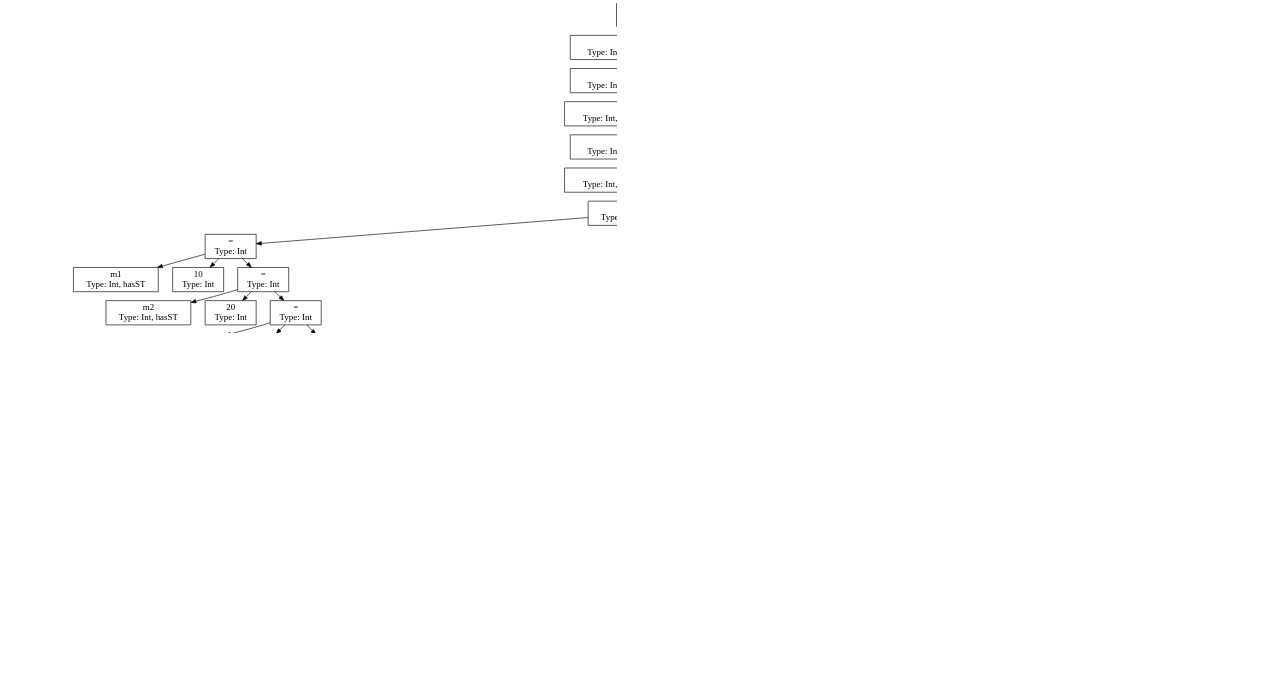
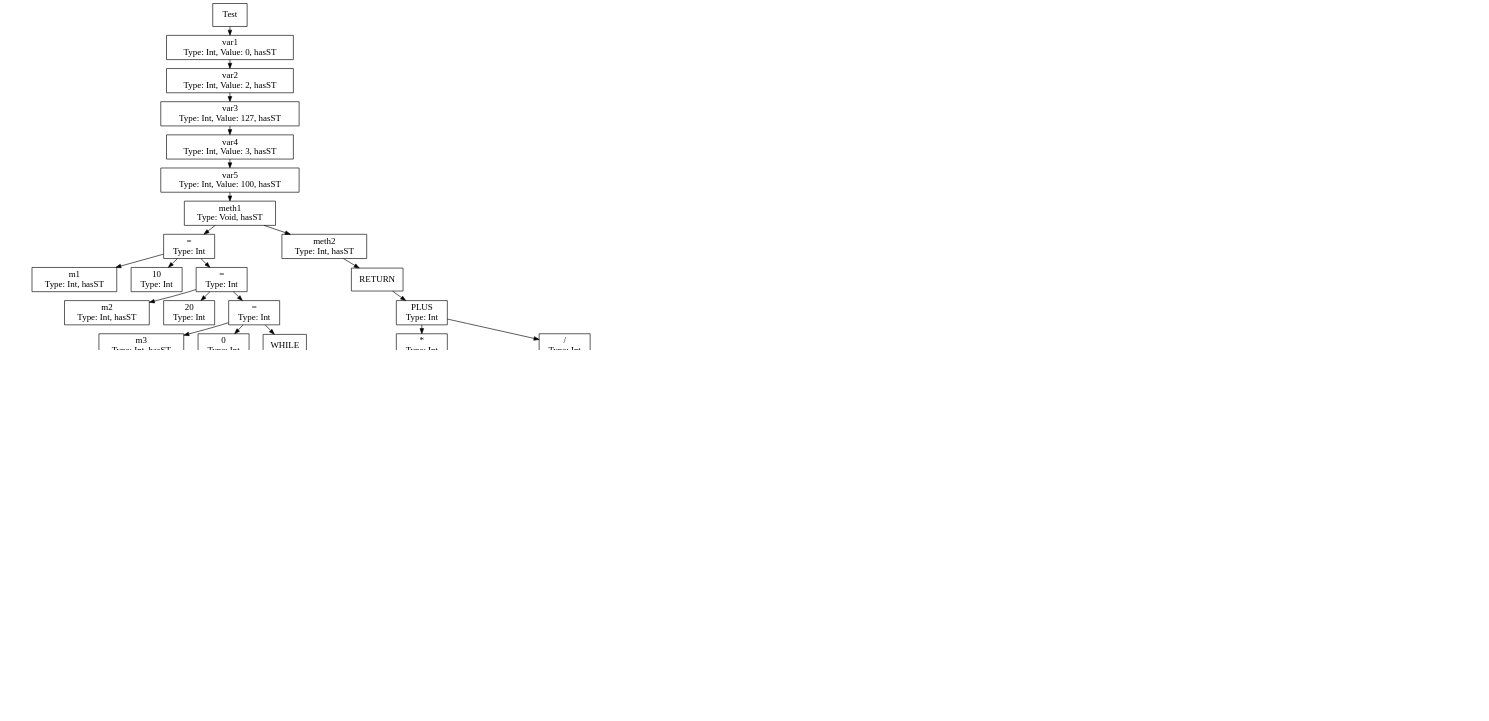
One commit to VieVaWaldi/javaSSTCompiler changed the diagram in ast.dot. Above: the diagram before and after it, drawn with Graphviz. The commit also changed 7 other files, not shown here.

```diff
--- a/ast.dot
+++ b/ast.dot
@@ -1,143 +1,183 @@
 digraph D {
 graph [ dpi = 150 ]
 nodesep=0.3;
 ranksep=0.2;
 margin=0.1;
 node [shape=box];
 edge [arrowsize=0.8];
 
 Test [label="Test"];
 Test -> var1;
 var1 [label="var1\nType: Int, Value: 0, hasST"];
 var1 -> var2;
 var2 [label="var2\nType: Int, Value: 2, hasST"];
 var2 -> var3;
 var3 [label="var3\nType: Int, Value: 127, hasST"];
 var3 -> var4;
 var4 [label="var4\nType: Int, Value: 3, hasST"];
 var4 -> var5;
 var5 [label="var5\nType: Int, Value: 100, hasST"];
 var5 -> meth1_0;
 meth1_0 [label="meth1\nType: Void, hasST"];
 meth1_0 -> ASSIGN_5;
 ASSIGN_5 [label="=\nType: Int"];
 ASSIGN_5 -> m1_0;
 m1_0 [label="m1\nType: Int, hasST"];
 ASSIGN_5 -> N10_5;
 N10_5 [label="10\nType: Int"];
 ASSIGN_5 -> ASSIGN_6;
 ASSIGN_6 [label="=\nType: Int"];
 ASSIGN_6 -> m2_1;
 m2_1 [label="m2\nType: Int, hasST"];
 ASSIGN_6 -> N20_6;
 N20_6 [label="20\nType: Int"];
 ASSIGN_6 -> ASSIGN_7;
 ASSIGN_7 [label="=\nType: Int"];
 ASSIGN_7 -> m3_2;
 m3_2 [label="m3\nType: Int, hasST"];
 ASSIGN_7 -> N0_7;
 N0_7 [label="0\nType: Int"];
 ASSIGN_7 -> WHILE_0;
 WHILE_0 [label="WHILE"];
 WHILE_0 -> LTHAN0;
 LTHAN0 [label="<\nType: Int"];
 LTHAN0 -> m1_3;
 m1_3 [label="m1\nType: Int, hasST"];
 LTHAN0 -> m2_4;
 m2_4 [label="m2\nType: Int, hasST"];
 WHILE_0 -> ASSIGN_8;
 ASSIGN_8 [label="=\nType: Int"];
 ASSIGN_8 -> m1_5;
 m1_5 [label="m1\nType: Int, hasST"];
 ASSIGN_8 -> PLUS_0;
 PLUS_0 [label="PLUS\nType: Int"];
 PLUS_0 -> m1_6;
 m1_6 [label="m1\nType: Int, hasST"];
 PLUS_0 -> N1_8;
 N1_8 [label="1\nType: Int"];
 ASSIGN_8 -> IF_ELSE_0;
 IF_ELSE_0 [label="IF_ELSE"];
 IF_ELSE_0 -> IF_0;
 IF_0 [label="IF"];
 IF_0 -> EQUALS1;
 EQUALS1 [label="==\nType: Int"];
 EQUALS1 -> m1_7;
 m1_7 [label="m1\nType: Int, hasST"];
 EQUALS1 -> N15_9;
 N15_9 [label="15\nType: Int"];
 IF_0 -> ASSIGN_9;
 ASSIGN_9 [label="=\nType: Int"];
 ASSIGN_9 -> m3_8;
 m3_8 [label="m3\nType: Int, hasST"];
 ASSIGN_9 -> PLUS_1;
 PLUS_1 [label="PLUS\nType: Int"];
 PLUS_1 -> m3_9;
 m3_9 [label="m3\nType: Int, hasST"];
 PLUS_1 -> N1_10;
 N1_10 [label="1\nType: Int"];
 IF_ELSE_0 -> ASSIGN_10;
 ASSIGN_10 [label="=\nType: Int"];
 ASSIGN_10 -> m3_10;
 m3_10 [label="m3\nType: Int, hasST"];
 ASSIGN_10 -> MINUS_2;
 MINUS_2 [label="MINUS\nType: Int"];
 MINUS_2 -> m3_11;
 m3_11 [label="m3\nType: Int, hasST"];
 MINUS_2 -> N1_11;
 N1_11 [label="1\nType: Int"];
 IF_ELSE_0 -> IF_ELSE_1;
 IF_ELSE_1 [label="IF_ELSE"];
 IF_ELSE_1 -> IF_1;
 IF_1 [label="IF"];
 IF_1 -> GTHANOR2;
 GTHANOR2 [label=">=\nType: Int"];
 GTHANOR2 -> m3_12;
 m3_12 [label="m3\nType: Int, hasST"];
 GTHANOR2 -> N5_12;
 N5_12 [label="5\nType: Int"];
 IF_1 -> RETURN_0;
 RETURN_0 [label="RETURN"];
 IF_ELSE_1 -> ASSIGN_11;
 ASSIGN_11 [label="=\nType: Int"];
 ASSIGN_11 -> m2_13;
 m2_13 [label="m2\nType: Int, hasST"];
 ASSIGN_11 -> MINUS_3;
 MINUS_3 [label="MINUS\nType: Int"];
 MINUS_3 -> m2_14;
 m2_14 [label="m2\nType: Int, hasST"];
 MINUS_3 -> N1_13;
 N1_13 [label="1\nType: Int"];
-IF_ELSE_1 -> ASSIGN_12;
+IF_ELSE_1 -> meth2_C_0;
+meth2_C_0 [label="meth2, hasST"];
+meth2_C_0 -> N10_14;
+N10_14 [label="10\nType: Int"];
+N10_14 -> m1_15;
+m1_15 [label="m1\nType: Int, hasST"];
+meth2_C_0 -> meth2_C_1;
+meth2_C_1 [label="meth2, hasST"];
+meth2_C_1 -> PLUS_5;
+PLUS_5 [label="PLUS\nType: Int"];
+PLUS_5 -> PLUS_4;
+PLUS_4 [label="PLUS\nType: Int"];
+PLUS_4 -> N1_15;
+N1_15 [label="1\nType: Int"];
+PLUS_4 -> N2_16;
+N2_16 [label="2\nType: Int"];
+PLUS_5 -> N3_17;
+N3_17 [label="3\nType: Int"];
+PLUS_5 -> PLUS_6;
+PLUS_6 [label="PLUS\nType: Int"];
+PLUS_6 -> QUOT0;
+QUOT0 [label="/\nType: Int"];
+QUOT0 -> m3_16;
+m3_16 [label="m3\nType: Int, hasST"];
+QUOT0 -> N10_18;
+N10_18 [label="10\nType: Int"];
+PLUS_6 -> N5_19;
+N5_19 [label="5\nType: Int"];
+meth2_C_1 -> ASSIGN_12;
 ASSIGN_12 [label="=\nType: Int"];
-ASSIGN_12 -> m3_15;
-m3_15 [label="m3\nType: Int, hasST"];
-ASSIGN_12 -> meth2_0;
-meth2_0 [label="meth2, hasST"];
+ASSIGN_12 -> m3_17;
+m3_17 [label="m3\nType: Int, hasST"];
+ASSIGN_12 -> meth2_C_2;
+meth2_C_2 [label="meth2, hasST"];
+meth2_C_2 -> m1_18;
+m1_18 [label="m1\nType: Int, hasST"];
+m1_18 -> meth1_C_3;
+meth1_C_3 [label="meth1, hasST"];
 ASSIGN_12 -> ASSIGN_13;
 ASSIGN_13 [label="=\nType: Int"];
-ASSIGN_13 -> m2_18;
-m2_18 [label="m2\nType: Int, hasST"];
-ASSIGN_13 -> meth2_1;
-meth2_1 [label="meth2, hasST"];
+ASSIGN_13 -> m2_19;
+m2_19 [label="m2\nType: Int, hasST"];
+ASSIGN_13 -> meth2_C_4;
+meth2_C_4 [label="meth2, hasST"];
+meth2_C_4 -> meth2_C_5;
+meth2_C_5 [label="meth2, hasST"];
+meth2_C_5 -> m1_20;
+m1_20 [label="m1\nType: Int, hasST"];
+m1_20 -> m3_21;
+m3_21 [label="m3\nType: Int, hasST"];
+meth2_C_5 -> m2_22;
+m2_22 [label="m2\nType: Int, hasST"];
 ASSIGN_13 -> RETURN_1;
 RETURN_1 [label="RETURN"];
 meth1_0 -> meth2_1;
 meth2_1 [label="meth2\nType: Int, hasST"];
 meth2_1 -> RETURN_2;
 RETURN_2 [label="RETURN"];
-RETURN_2 -> PLUS_4;
-PLUS_4 [label="PLUS\nType: Int"];
-PLUS_4 -> TIMES0;
-TIMES0 [label="*\nType: Int"];
-TIMES0 -> m_22;
-m_22 [label="m\nType: Int, hasST"];
-TIMES0 -> n_23;
-n_23 [label="n\nType: Int, hasST"];
-PLUS_4 -> QUOT1;
-QUOT1 [label="/\nType: Int"];
-QUOT1 -> m_24;
-m_24 [label="m\nType: Int, hasST"];
-QUOT1 -> n_25;
-n_25 [label="n\nType: Int, hasST"];
+RETURN_2 -> PLUS_7;
+PLUS_7 [label="PLUS\nType: Int"];
+PLUS_7 -> TIMES1;
+TIMES1 [label="*\nType: Int"];
+TIMES1 -> m_23;
+m_23 [label="m\nType: Int, hasST"];
+TIMES1 -> n_24;
+n_24 [label="n\nType: Int, hasST"];
+PLUS_7 -> QUOT2;
+QUOT2 [label="/\nType: Int"];
+QUOT2 -> m_25;
+m_25 [label="m\nType: Int, hasST"];
+QUOT2 -> n_26;
+n_26 [label="n\nType: Int, hasST"];
 
 }
```
